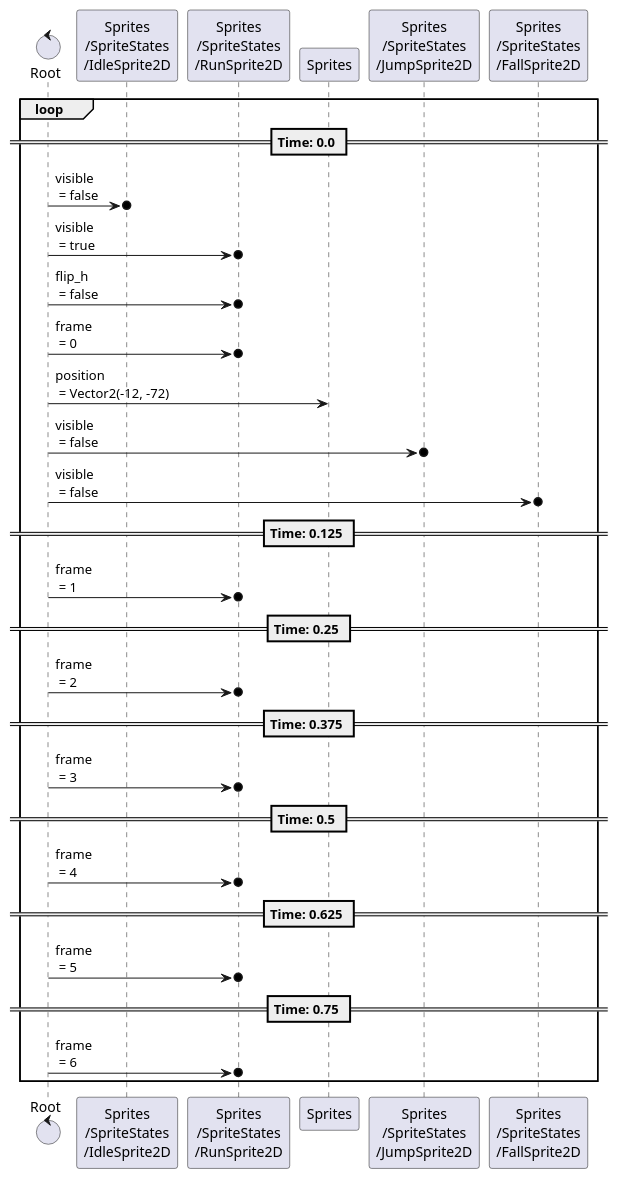
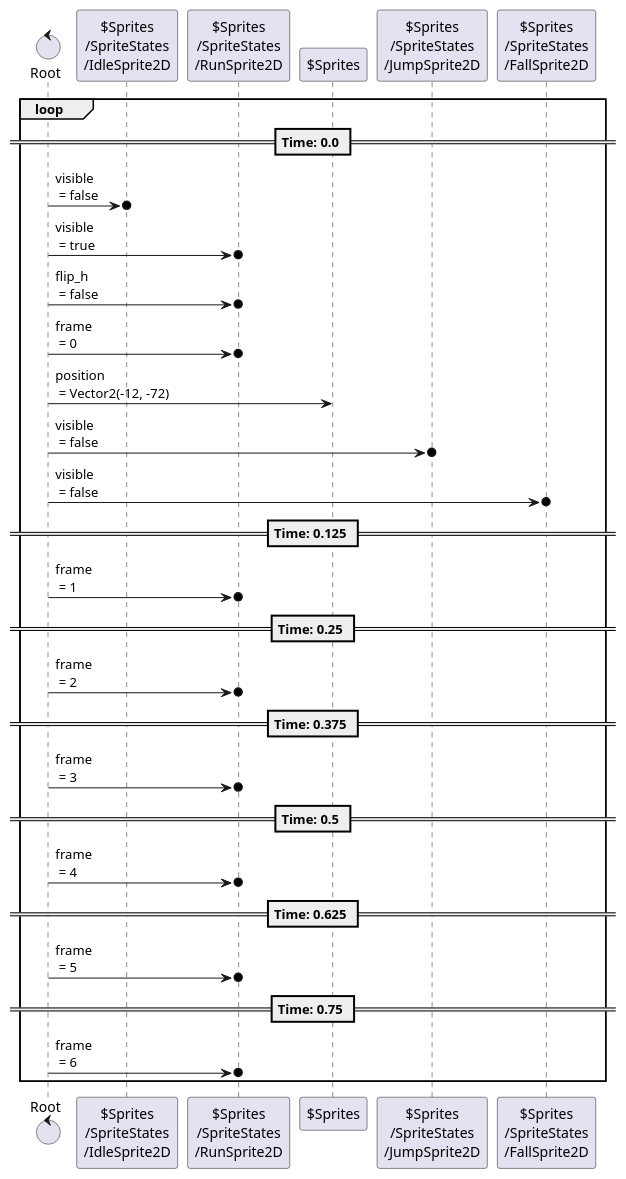
The eighth of 11 diagrams in content/scenes/src/player/player.tscn.adoc (tkmfujise/Platformer-Game-Learning), drawn with PlantUML before and after one commit. The commit also changed other lines of this file and 31 other files, not shown here.

Commit message:
Add prefix $ to node name in animation sequences

```diff
--- a/content/scenes/src/player/player.tscn.adoc
+++ b/content/scenes/src/player/player.tscn.adoc
@@ -458,34 +458,34 @@
 [plantuml]
 ....
-control "Root" as Root
-participant "Sprites\n/SpriteStates\n/IdleSprite2D" as T0
-participant "Sprites\n/SpriteStates\n/RunSprite2D" as T1
-participant "Sprites" as T4
-participant "Sprites\n/SpriteStates\n/JumpSprite2D" as T5
-participant "Sprites\n/SpriteStates\n/FallSprite2D" as T6
+control "Root" as R
+participant "$Sprites\n/SpriteStates\n/IdleSprite2D" as T0
+participant "$Sprites\n/SpriteStates\n/RunSprite2D" as T1
+participant "$Sprites" as T4
+participant "$Sprites\n/SpriteStates\n/JumpSprite2D" as T5
+participant "$Sprites\n/SpriteStates\n/FallSprite2D" as T6
 
 
 loop
 == Time: 0.0 ==
-Root  ->o  T0 : visible\n = false
-Root  ->o  T1 : visible\n = true
-Root  ->o  T1 : flip_h\n = false
-Root  ->o  T1 : frame\n = 0
-Root  ->  T4 : position\n = Vector2(-12, -72)
-Root  ->o  T5 : visible\n = false
-Root  ->o  T6 : visible\n = false
+R  ->o  T0 : visible\n = false
+R  ->o  T1 : visible\n = true
+R  ->o  T1 : flip_h\n = false
+R  ->o  T1 : frame\n = 0
+R  ->  T4 : position\n = Vector2(-12, -72)
+R  ->o  T5 : visible\n = false
+R  ->o  T6 : visible\n = false
 == Time: 0.125 ==
-Root  ->o  T1 : frame\n = 1
+R  ->o  T1 : frame\n = 1
 == Time: 0.25 ==
-Root  ->o  T1 : frame\n = 2
+R  ->o  T1 : frame\n = 2
 == Time: 0.375 ==
-Root  ->o  T1 : frame\n = 3
+R  ->o  T1 : frame\n = 3
 == Time: 0.5 ==
-Root  ->o  T1 : frame\n = 4
+R  ->o  T1 : frame\n = 4
 == Time: 0.625 ==
-Root  ->o  T1 : frame\n = 5
+R  ->o  T1 : frame\n = 5
 == Time: 0.75 ==
-Root  ->o  T1 : frame\n = 6
+R  ->o  T1 : frame\n = 6
 
 end
 ....
```
